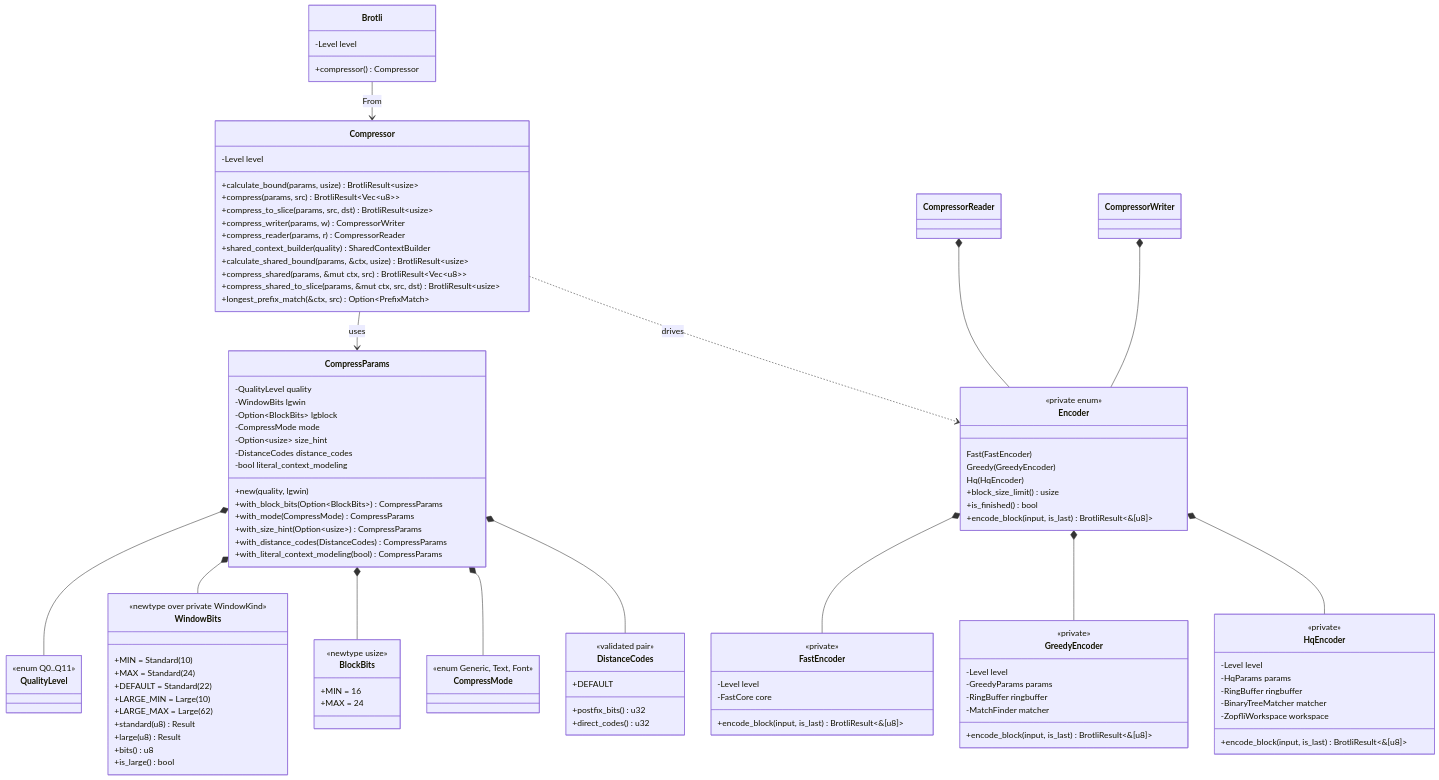
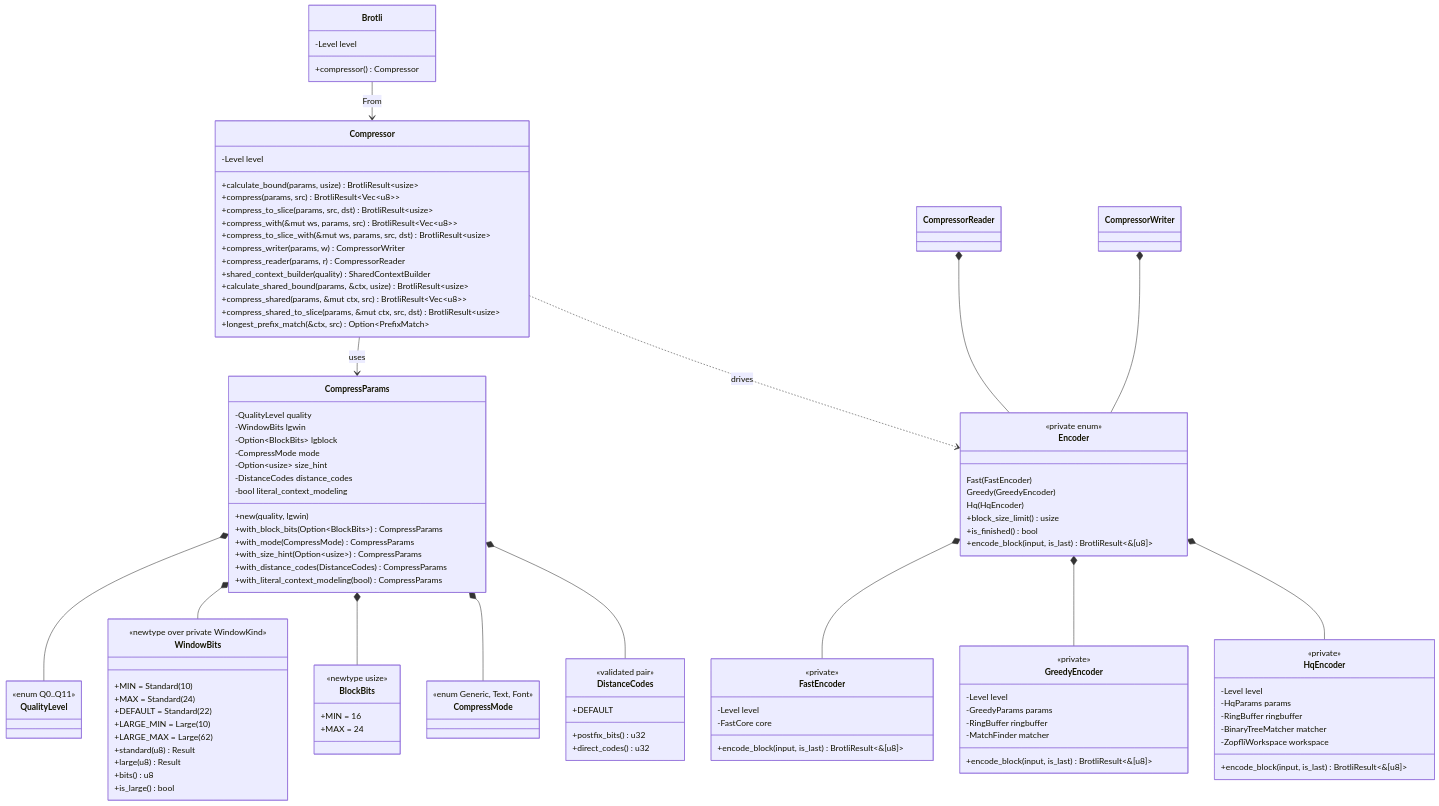
The second of 9 diagrams in architecture/compressor.md (Mnwa/mbrotli), drawn with Mermaid before and after one commit. The commit also changed other lines of this file and 59 other files, not shown here.

```diff
--- a/architecture/compressor.md
+++ b/architecture/compressor.md
@@ -82,6 +83,8 @@
         +calculate_bound(params, usize) BrotliResult~usize~
         +compress(params, src) BrotliResult~Vec~u8~~
         +compress_to_slice(params, src, dst) BrotliResult~usize~
+        +compress_with(&mut ws, params, src) BrotliResult~Vec~u8~~
+        +compress_to_slice_with(&mut ws, params, src, dst) BrotliResult~usize~
         +compress_writer(params, w) CompressorWriter
         +compress_reader(params, r) CompressorReader
         +shared_context_builder(quality) SharedContextBuilder
```
